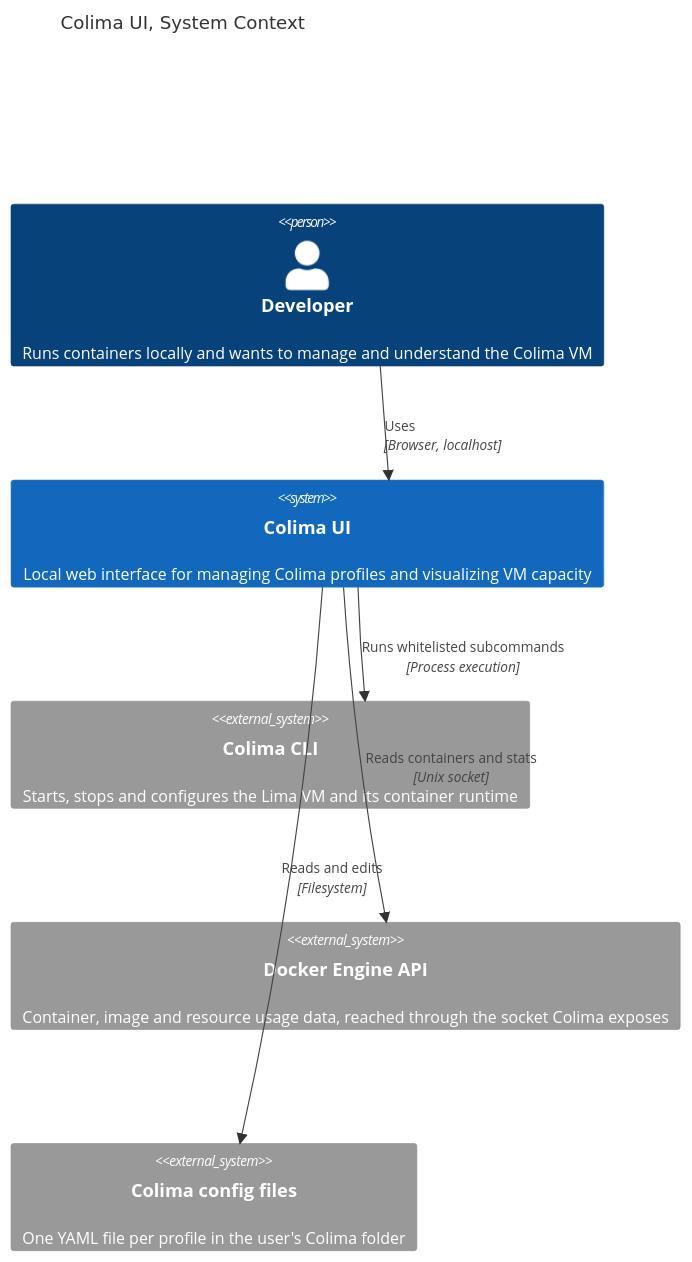
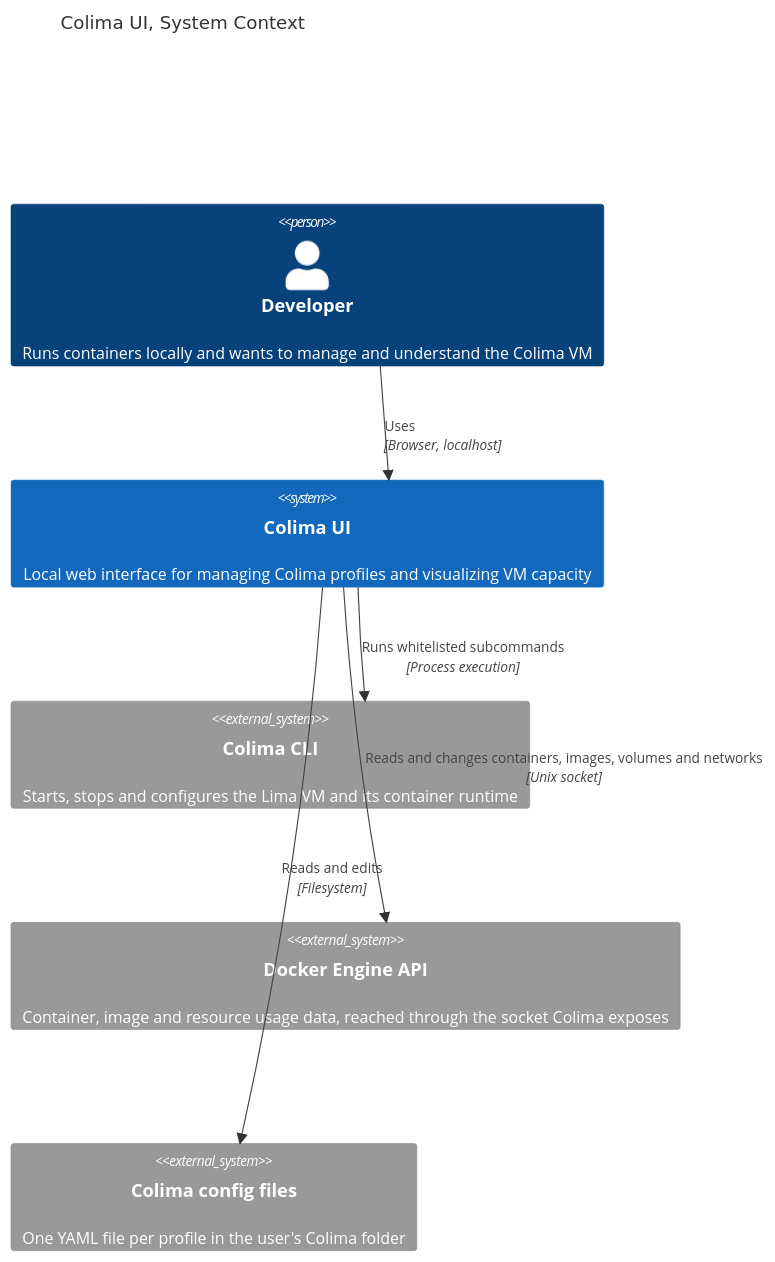
Before and after one commit to dlusignan/colima-ui: the first of 3 diagrams in C4_Architecture.md, drawn with Mermaid. The commit also changed other lines of this file, not shown here.

First line of the commit message:
docs: bring C4_Architecture.md up to date (#162)

````diff
--- a/C4_Architecture.md
+++ b/C4_Architecture.md
@@ -16,17 +16,17 @@
 ```mermaid
 C4Context
     title Colima UI, System Context
 
     Person(dev, "Developer", "Runs containers locally and wants to manage and understand the Colima VM")
 
     System(ui, "Colima UI", "Local web interface for managing Colima profiles and visualizing VM capacity")
 
     System_Ext(colima, "Colima CLI", "Starts, stops and configures the Lima VM and its container runtime")
     System_Ext(docker, "Docker Engine API", "Container, image and resource usage data, reached through the socket Colima exposes")
     System_Ext(files, "Colima config files", "One YAML file per profile in the user's Colima folder")
 
     Rel(dev, ui, "Uses", "Browser, localhost")
     Rel(ui, colima, "Runs whitelisted subcommands", "Process execution")
-    Rel(ui, docker, "Reads containers and stats", "Unix socket")
+    Rel(ui, docker, "Reads and changes containers, images, volumes and networks", "Unix socket")
     Rel(ui, files, "Reads and edits", "Filesystem")
 ```
````
